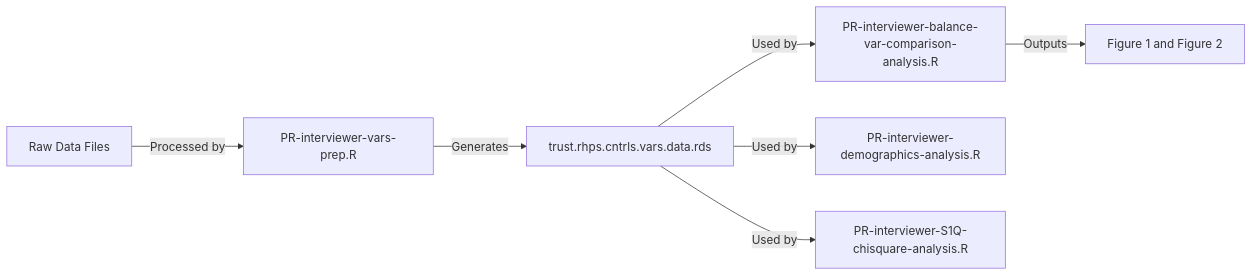
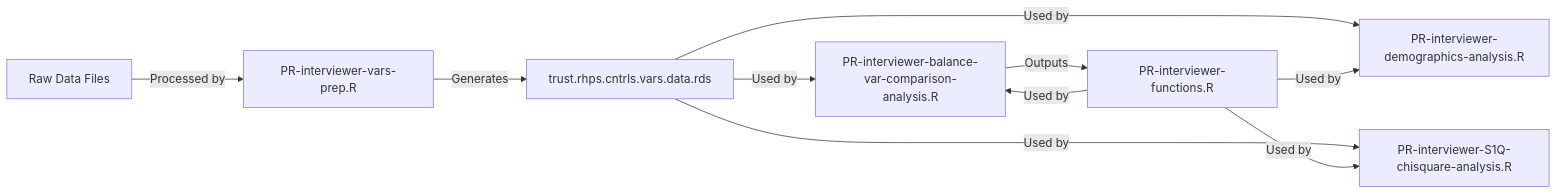
Before and after one commit to jacobtnyoung/PR-interviewer-comparison: the diagram in README.md, drawn with Mermaid. The commit also changed other lines of this file, not shown here.

````diff
--- a/README.md
+++ b/README.md
@@ -43,12 +28,18 @@
 ```mermaid
 graph LR
     %% Data processing workflow
     1[Raw Data Files] -->|Processed by| A[PR-interviewer-vars-prep.R]
     A -->|Generates| B[trust.rhps.cntrls.vars.data.rds]
-    
+  
     B -->|Used by| C[PR-interviewer-balance-var-comparison-analysis.R]
     B -->|Used by| D[PR-interviewer-demographics-analysis.R]
     B -->|Used by| E[PR-interviewer-S1Q-chisquare-analysis.R]
     
     C -->|Outputs| F[Figure 1 and Figure 2]
+    
+    F[PR-interviewer-functions.R] -->|Used by| C[PR-interviewer-balance-var-comparison-analysis.R]
+    F -->|Used by| D[PR-interviewer-demographics-analysis.R]
+    F -->|Used by| E[PR-interviewer-S1Q-chisquare-analysis.R]
+    
+    
 ```    
````
